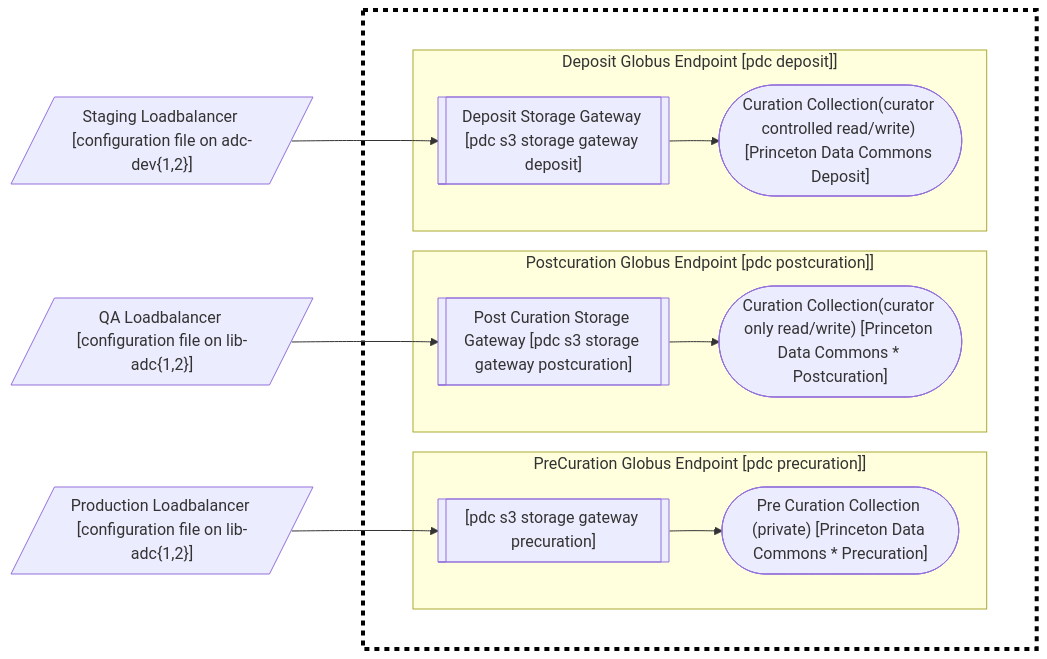
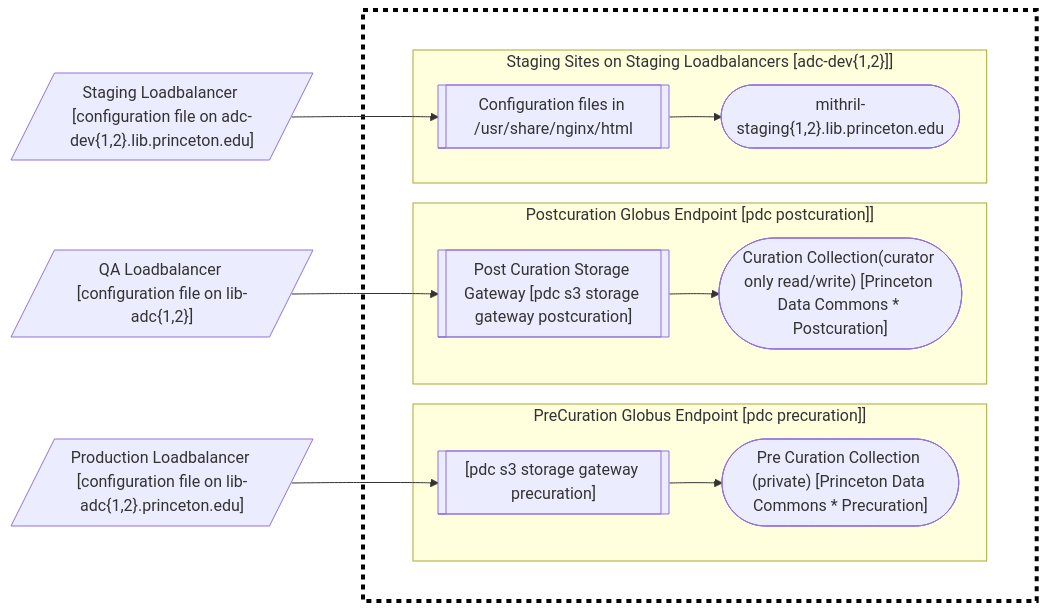
Before and after one commit to pulibrary/pul-it-handbook: the diagram in services/private_network.md, drawn with Mermaid.

Commit message:
first attempt to update the mermaid graph

````diff
--- a/services/private_network.md
+++ b/services/private_network.md
@@ -96,30 +96,30 @@
 ```mermaid
   graph LR;
-      S31[/"Production Loadbalancer [configuration file on lib-adc{1,2}]"/]-->SG1
+      S31[/"Production Loadbalancer [configuration file on lib-adc{1,2}.princeton.edu]"/]-->SG1
       S32[/"QA Loadbalancer [configuration file on lib-adc{1,2}]"/]-->SG2
-      S33[/"Staging Loadbalancer [configuration file on adc-dev{1,2}]"/]-->SG3
+      S33[/"Staging Loadbalancer [configuration file on adc-dev{1,2}.lib.princeton.edu]"/]-->SG3
       subgraph project [" "]
       subgraph project_space [" "]
       style project fill:#fff,stroke:#000,stroke-width:4px,color:#000,stroke-dasharray: 5 5
       style project_space fill:#fff,stroke:#000,stroke-width:0px
 
             subgraph "PreCuration Globus Endpoint [pdc precuration]]"
                SG1[[" [pdc s3 storage gateway precuration]"]]-->B(["Pre Curation Collection (private) [Princeton Data Commons * Precuration]"])
             end
 
             subgraph "Postcuration Globus Endpoint [pdc postcuration]]"
                SG2[["Post Curation Storage Gateway [pdc s3 storage gateway postcuration]"]]-->D(["Curation Collection(curator only read/write) [Princeton Data Commons * Postcuration]"]);
             end
  
-            subgraph "Deposit Globus Endpoint [pdc deposit]]"
-               SG3[["Deposit Storage Gateway [pdc s3 storage gateway deposit]"]]-->DE(["Curation Collection(curator controlled read/write) [Princeton Data Commons Deposit]"]);
+            subgraph "Staging Sites on Staging Loadbalancers [adc-dev{1,2}]]"
+               SG3[["Configuration files in /usr/share/nginx/html"]]-->DE(["mithril-staging{1,2}.lib.princeton.edu"]);
             end
          
          
       end
    end
 
    classDef ecclass fill:#00f,stroke:#00f,stroke-width:0px,color:#fff;
    class EC2,EC2a,EC2b,ec2_sp,ec2a_sp,ec2b_sp ecclass;
 
 ```
````
